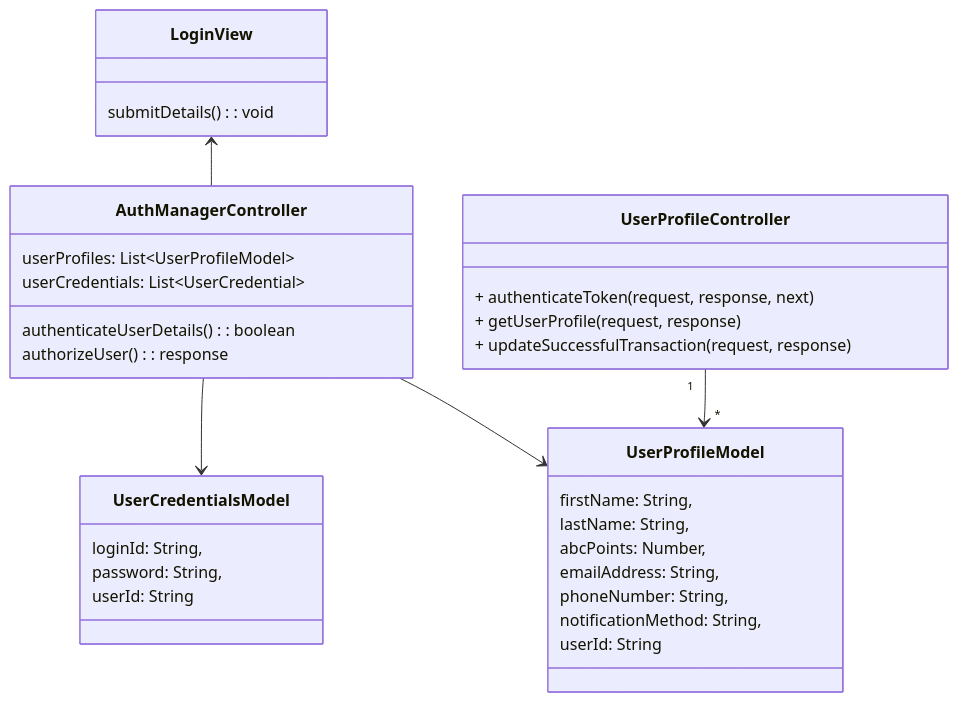
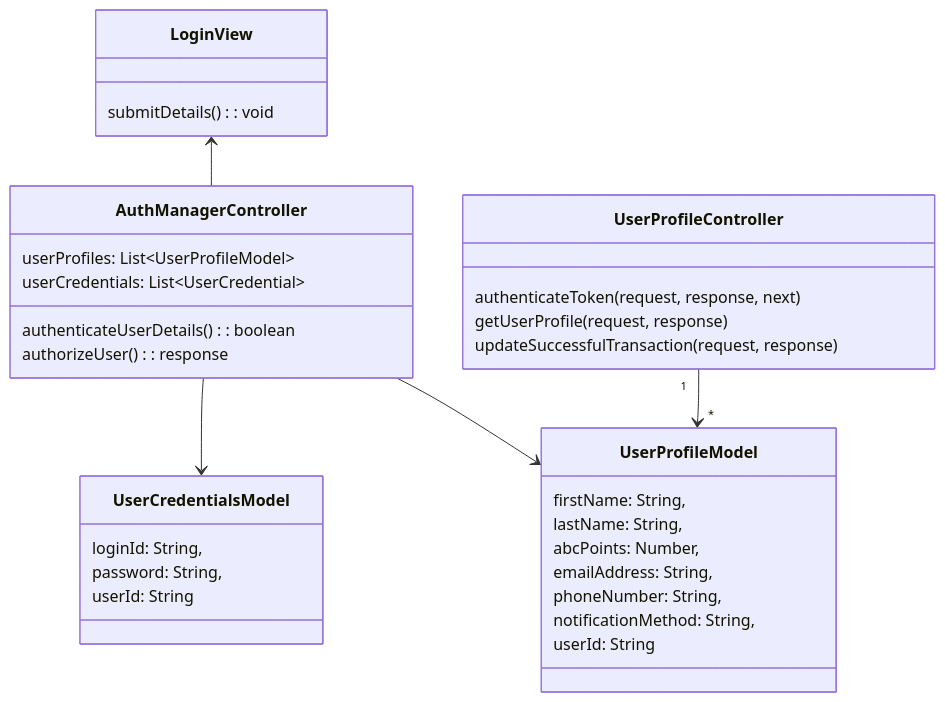
One commit to Sean2309/50.003_ESC_Project changed the first of 16 diagrams in UML Class Diagrams/mvcClass.md. Above: the diagram before and after it, drawn with Mermaid. The commit also changed 1 other file, not shown here.

Commit message:
fix: class diag

````diff
--- a/UML Class Diagrams/mvcClass.md
+++ b/UML Class Diagrams/mvcClass.md
@@ -4,44 +4,44 @@
 ```mermaid
 classDiagram
 
 LoginView <-- AuthManagerController
 AuthManagerController --> UserCredentialsModel 
 AuthManagerController --> UserProfileModel 
 
 class LoginView{
     submitDetails(): void
 }
 
 class UserCredentialsModel{
   loginId: String,
   password: String,
   userId: String
 }
 
 class UserProfileModel{
     firstName: String,
     lastName: String,
     abcPoints: Number,
     emailAddress: String,
     phoneNumber: String,
     notificationMethod: String,
     userId: String
 }
 
 class AuthManagerController{
     userProfiles: List<<User>UserProfileModel>
     userCredentials: List<<User>UserCredential>
     authenticateUserDetails(): boolean
     authorizeUser(): response
 }
 
 class UserProfileController {
-    + authenticateToken(request, response, next)
-    + getUserProfile(request, response)
-    + updateSuccessfulTransaction(request, response)
+    authenticateToken(request, response, next)
+    getUserProfile(request, response)
+    updateSuccessfulTransaction(request, response)
   }
   
 
   UserProfileController "1" --> "*" UserProfileModel
 
 ```
````
